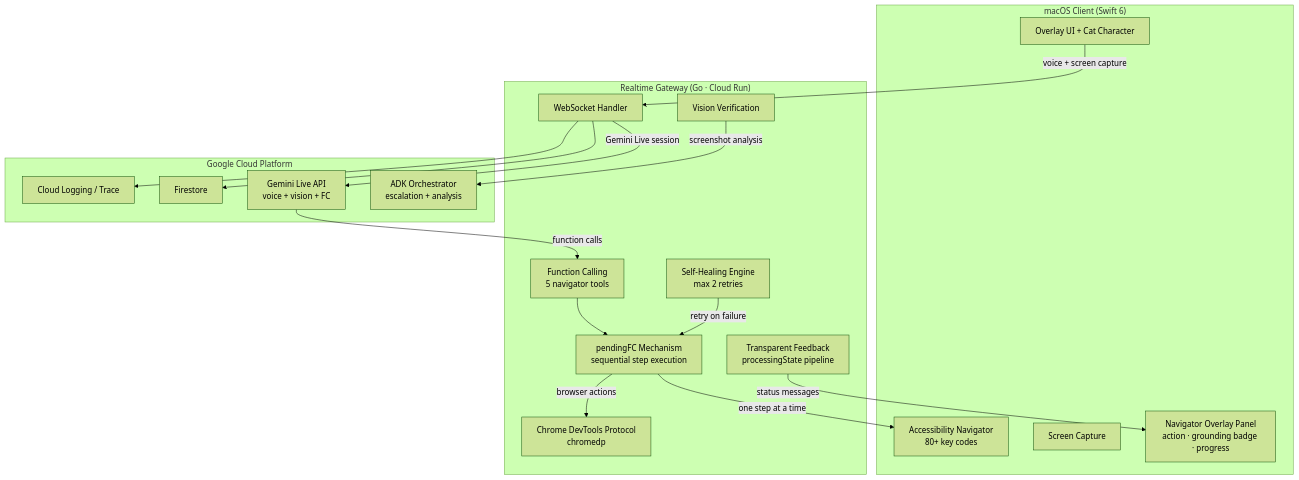
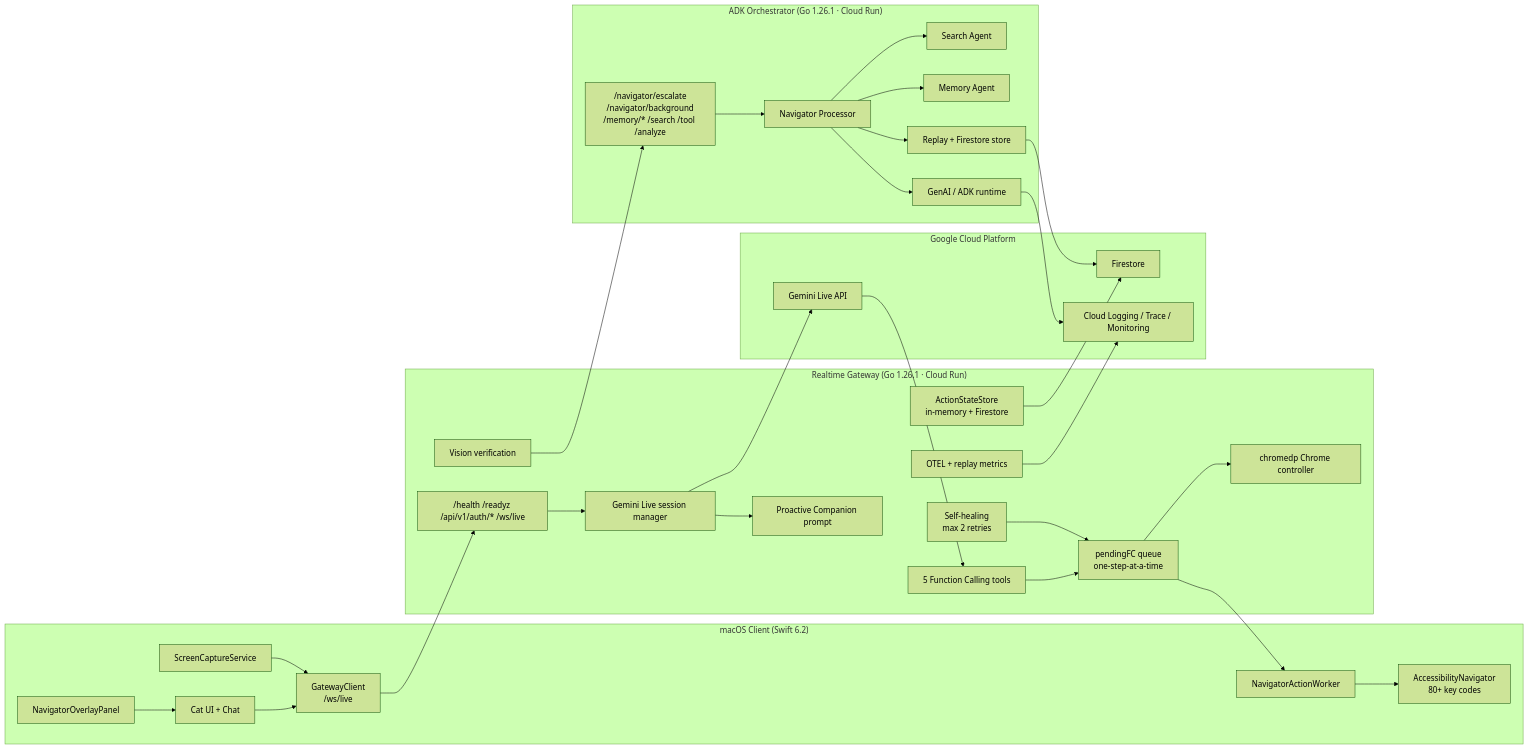
One commit to Two-Weeks-Team/vibeCat changed the first of 3 diagrams in README.md. Above: the diagram before and after it, drawn with Mermaid (forest theme). The commit also changed other lines of this file, not shown here.

First line of the commit message:
docs: expand README architecture transparency and version matrix

````diff
--- a/README.md
+++ b/README.md
@@ -70,38 +84,63 @@
 ```mermaid
-flowchart TB
-    subgraph Client["macOS Client (Swift 6)"]
-        UI["Overlay UI + Cat Character"]
-        AX["Accessibility Navigator<br/>80+ key codes"]
-        SC["Screen Capture"]
-        OV["Navigator Overlay Panel<br/>action · grounding badge · progress"]
+flowchart LR
+    subgraph Client["macOS Client (Swift 6.2)"]
+        UI["Cat UI + Chat"]
+        CAP["ScreenCaptureService"]
+        AX["AccessibilityNavigator\n80+ key codes"]
+        WORKER["NavigatorActionWorker"]
+        OVR["NavigatorOverlayPanel"]
+        GWCLIENT["GatewayClient\n/ws/live"]
     end
 
-    subgraph Gateway["Realtime Gateway (Go · Cloud Run)"]
-        WS["WebSocket Handler"]
-        FC["Function Calling<br/>5 navigator tools"]
-        PFC["pendingFC Mechanism<br/>sequential step execution"]
-        SH["Self-Healing Engine<br/>max 2 retries"]
-        VV["Vision Verification"]
-        CDP["Chrome DevTools Protocol<br/>chromedp"]
-        TF["Transparent Feedback<br/>processingState pipeline"]
+    subgraph Gateway["Realtime Gateway (Go 1.26.1 · Cloud Run)"]
+        HTTP["/health /readyz /api/v1/auth/* /ws/live"]
+        LIVE["Gemini Live session manager"]
+        PROMPT["Proactive Companion prompt"]
+        FC["5 Function Calling tools"]
+        PFC["pendingFC queue\none-step-at-a-time"]
+        VERIFY["Vision verification"]
+        HEAL["Self-healing\nmax 2 retries"]
+        CDP["chromedp Chrome controller"]
+        STATE["ActionStateStore\nin-memory + Firestore"]
+        METRICS["OTEL + replay metrics"]
+    end
+
+    subgraph ADK["ADK Orchestrator (Go 1.26.1 · Cloud Run)"]
+        ROUTER["/navigator/escalate\n/navigator/background\n/memory/* /search /tool /analyze"]
+        PROC["Navigator Processor"]
+        SEARCH["Search Agent"]
+        MEMORY["Memory Agent"]
+        REPLAY["Replay + Firestore store"]
+        GENAI["GenAI / ADK runtime"]
     end
 
     subgraph GCP["Google Cloud Platform"]
-        GM["Gemini Live API<br/>voice + vision + FC"]
-        ADK["ADK Orchestrator<br/>escalation + analysis"]
-        FS["Firestore"]
-        CL["Cloud Logging / Trace"]
+        LIVEAPI["Gemini Live API"]
+        FIRE["Firestore"]
+        OTEL["Cloud Logging / Trace / Monitoring"]
     end
 
-    UI -->|voice + screen capture| WS
-    WS -->|Gemini Live session| GM
-    GM -->|function calls| FC
+    UI --> GWCLIENT
+    CAP --> GWCLIENT
+    GWCLIENT --> HTTP
+    HTTP --> LIVE
+    LIVE --> PROMPT
+    LIVE --> LIVEAPI
+    LIVEAPI --> FC
     FC --> PFC
-    PFC -->|one step at a time| AX
-    PFC -->|browser actions| CDP
-    SH -->|retry on failure| PFC
-    VV -->|screenshot analysis| ADK
-    TF -->|status messages| OV
-    WS --> FS
-    WS --> CL
+    PFC --> WORKER
+    WORKER --> AX
+    PFC --> CDP
+    HEAL --> PFC
+    VERIFY --> ROUTER
+    ROUTER --> PROC
+    PROC --> SEARCH
+    PROC --> MEMORY
+    PROC --> REPLAY
+    PROC --> GENAI
+    STATE --> FIRE
+    REPLAY --> FIRE
+    METRICS --> OTEL
+    GENAI --> OTEL
+    OVR --> UI
 ```
````
